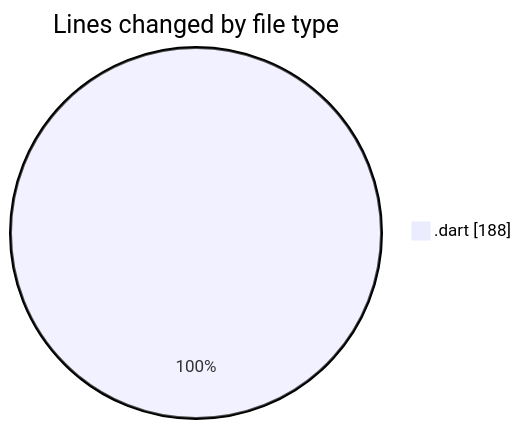
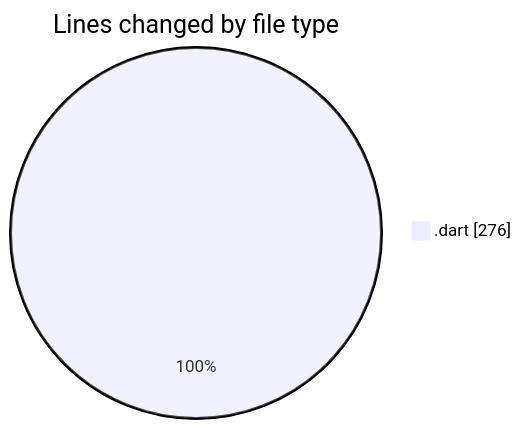
The first of 2 diagrams in 2025-01-26/trackers_app/README.md (donsfak/code-tracking), drawn with Mermaid before and after one commit. The commit also changed other lines of this file and 1 other file, not shown here.

````diff
--- a/2025-01-26/trackers_app/README.md
+++ b/2025-01-26/trackers_app/README.md
@@ -21,5 +22,5 @@
 ```mermaid
 pie showData
 title Lines changed by file type
-".dart" : 188
+".dart" : 276
 ```
````
